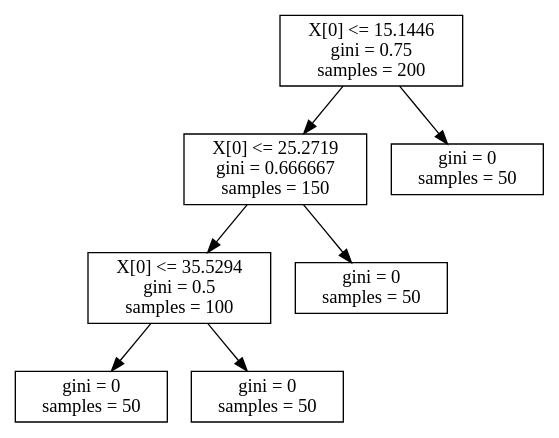
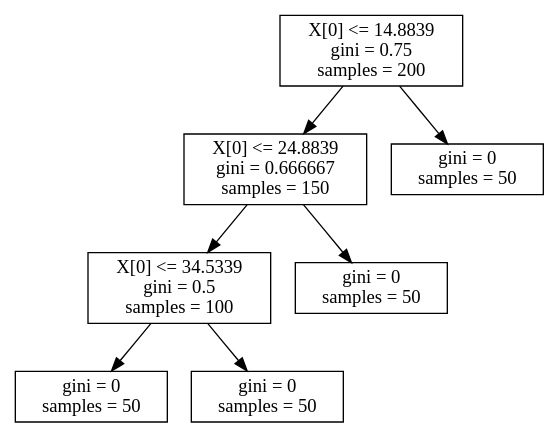
The diagram in tree.dot (alex6792/ImageProcessingLib), drawn with Graphviz before and after one commit. The commit also changed 34 other files, not shown here.

```diff
--- a/tree.dot
+++ b/tree.dot
@@ -1,16 +1,16 @@
 digraph Tree {
 node [shape=box]
-0 [label="X[0] <= 15.1446\ngini = 0.75\nsamples = 200\n"] ;
+0 [label="X[0] <= 14.8839\ngini = 0.75\nsamples = 200\n"] ;
 0 -> 1 ;
 0 -> 2 ;
-1 [label="X[0] <= 25.2719\ngini = 0.666667\nsamples = 150\n"] ;
+1 [label="X[0] <= 24.8839\ngini = 0.666667\nsamples = 150\n"] ;
 1 -> 3 ;
 1 -> 4 ;
 2 [label="gini = 0\nsamples = 50\n"] ;
-3 [label="X[0] <= 35.5294\ngini = 0.5\nsamples = 100\n"] ;
+3 [label="X[0] <= 34.5339\ngini = 0.5\nsamples = 100\n"] ;
 3 -> 5 ;
 3 -> 6 ;
 4 [label="gini = 0\nsamples = 50\n"] ;
 5 [label="gini = 0\nsamples = 50\n"] ;
 6 [label="gini = 0\nsamples = 50\n"] ;
 }
```
